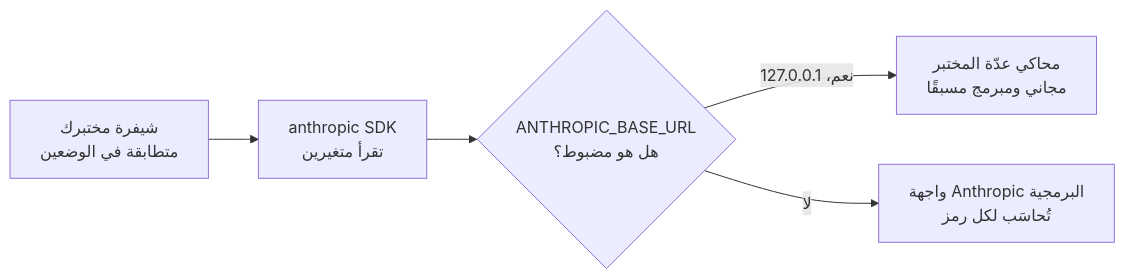
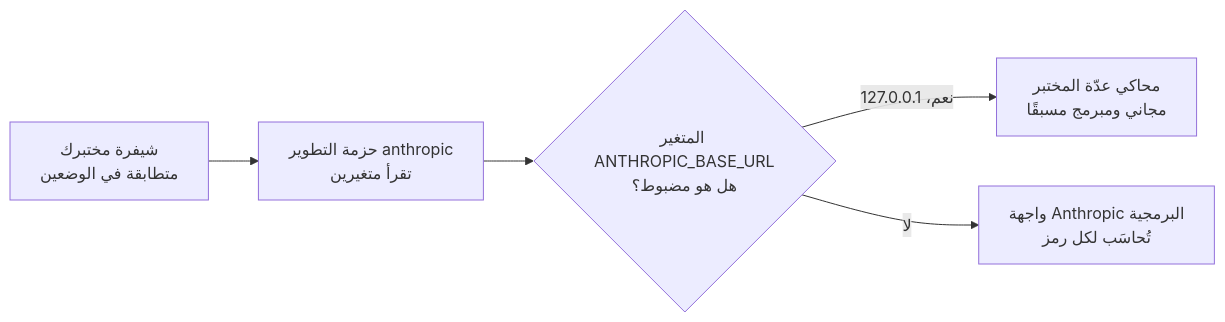
The second of 3 diagrams in aiapps/modules/00-orientation.ar.md (Tamoura/system-design-for-vibe-coders), drawn with Mermaid before and after one commit. The commit also changed other lines of this file and 15 other files, not shown here.

````diff
--- a/aiapps/modules/00-orientation.ar.md
+++ b/aiapps/modules/00-orientation.ar.md
@@ -336,7 +336,7 @@
 ```mermaid
 flowchart LR
-    L["شيفرة مختبرك<br/>متطابقة في الوضعين"] --> K["anthropic SDK<br/>تقرأ متغيرين"]
-    K --> Q{"ANTHROPIC_BASE_URL<br/>هل هو مضبوط؟"}
+    L["شيفرة مختبرك<br/>متطابقة في الوضعين"] --> K["حزمة التطوير anthropic<br/>تقرأ متغيرين"]
+    K --> Q{"المتغير ANTHROPIC_BASE_URL<br/>هل هو مضبوط؟"}
     Q -->|"نعم، 127.0.0.1"| M["محاكي عدّة المختبر<br/>مجاني ومبرمج مسبقًا"]
     Q -->|"لا"| R["واجهة Anthropic البرمجية<br/>تُحاسَب لكل رمز"]
 ```
````
